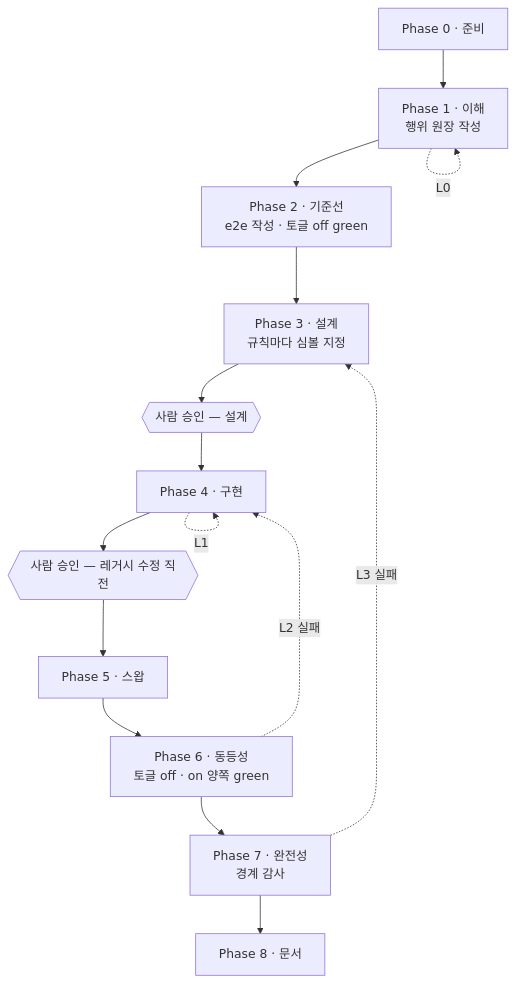
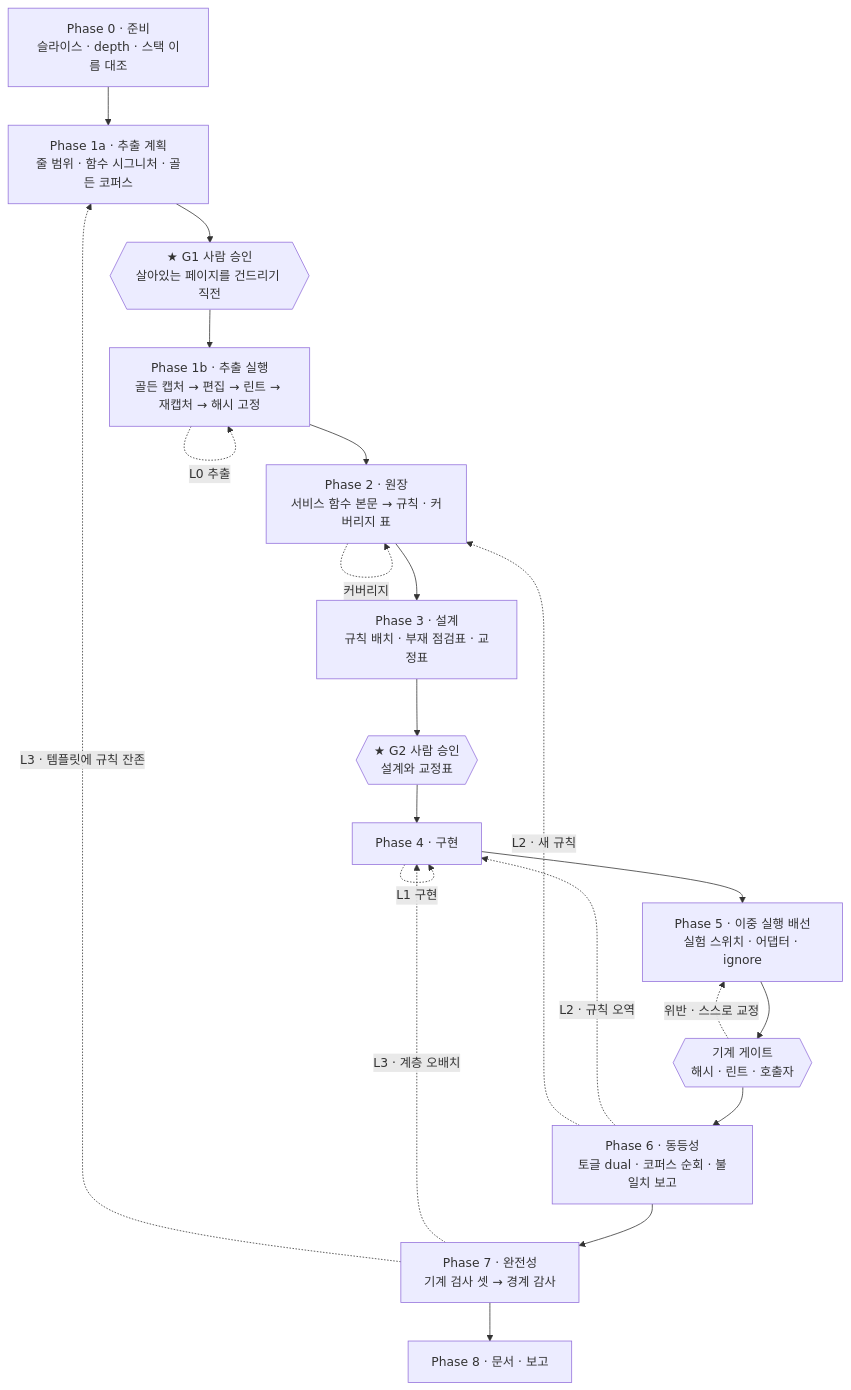
Before and after one commit to Combi153/my-claude-code-os: the diagram in docs/legacy-migration-os.md, drawn with Mermaid. The commit also changed other lines of this file, not shown here.

````diff
--- a/docs/legacy-migration-os.md
+++ b/docs/legacy-migration-os.md
@@ -50,17 +107,23 @@
 ```mermaid
 flowchart TD
-    P0["Phase 0 · 준비"] --> P1["Phase 1 · 이해<br/>행위 원장 작성"]
-    P1 --> P2["Phase 2 · 기준선<br/>e2e 작성 · 토글 off green"]
-    P2 --> P3["Phase 3 · 설계<br/>규칙마다 심볼 지정"]
-    P3 --> G1{{"사람 승인 — 설계"}}
-    G1 --> P4["Phase 4 · 구현"]
-    P4 --> G2{{"사람 승인 — 레거시 수정 직전"}}
-    G2 --> P5["Phase 5 · 스왑"]
-    P5 --> P6["Phase 6 · 동등성<br/>토글 off · on 양쪽 green"]
-    P6 --> P7["Phase 7 · 완전성<br/>경계 감사"]
-    P7 --> P8["Phase 8 · 문서"]
-    P1 -. "L0" .-> P1
-    P4 -. "L1" .-> P4
-    P6 -. "L2 실패" .-> P4
-    P7 -. "L3 실패" .-> P3
+    P0["Phase 0 · 준비<br/>슬라이스 · depth · 스택 이름 대조"] --> P1A["Phase 1a · 추출 계획<br/>줄 범위 · 함수 시그니처 · 골든 코퍼스"]
+    P1A --> G1{{"★ G1 사람 승인<br/>살아있는 페이지를 건드리기 직전"}}
+    G1 --> P1B["Phase 1b · 추출 실행<br/>골든 캡처 → 편집 → 린트 → 재캡처 → 해시 고정"]
+    P1B --> P2["Phase 2 · 원장<br/>서비스 함수 본문 → 규칙 · 커버리지 표"]
+    P2 --> P3["Phase 3 · 설계<br/>규칙 배치 · 부재 점검표 · 교정표"]
+    P3 --> G2{{"★ G2 사람 승인<br/>설계와 교정표"}}
+    G2 --> P4["Phase 4 · 구현"]
+    P4 --> P5["Phase 5 · 이중 실행 배선<br/>실험 스위치 · 어댑터 · ignore"]
+    P5 --> MG{{"기계 게이트<br/>해시 · 린트 · 호출자"}}
+    MG --> P6["Phase 6 · 동등성<br/>토글 dual · 코퍼스 순회 · 불일치 보고"]
+    P6 --> P7["Phase 7 · 완전성<br/>기계 검사 셋 → 경계 감사"]
+    P7 --> P8["Phase 8 · 문서 · 보고"]
+    P1B -. "L0 추출" .-> P1B
+    P2 -. "커버리지" .-> P2
+    P4 -. "L1 구현" .-> P4
+    MG -. "위반 · 스스로 교정" .-> P5
+    P6 -. "L2 · 규칙 오역" .-> P4
+    P6 -. "L2 · 새 규칙" .-> P2
+    P7 -. "L3 · 계층 오배치" .-> P4
+    P7 -. "L3 · 템플릿에 규칙 잔존" .-> P1A
 ```
````
